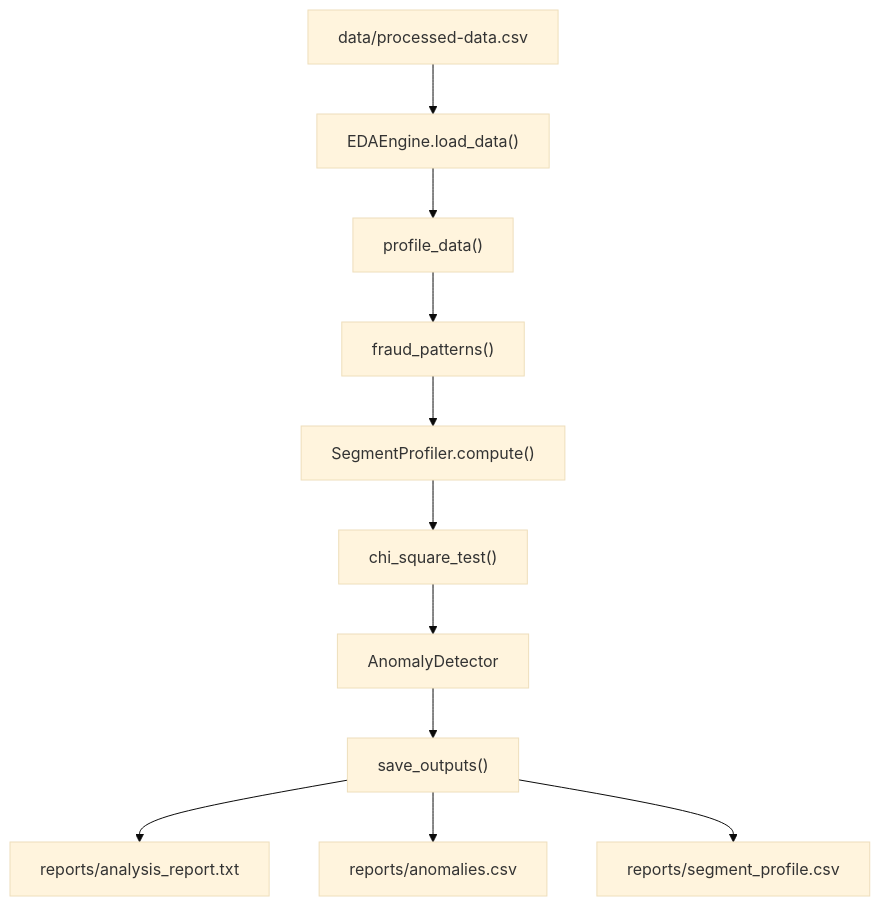
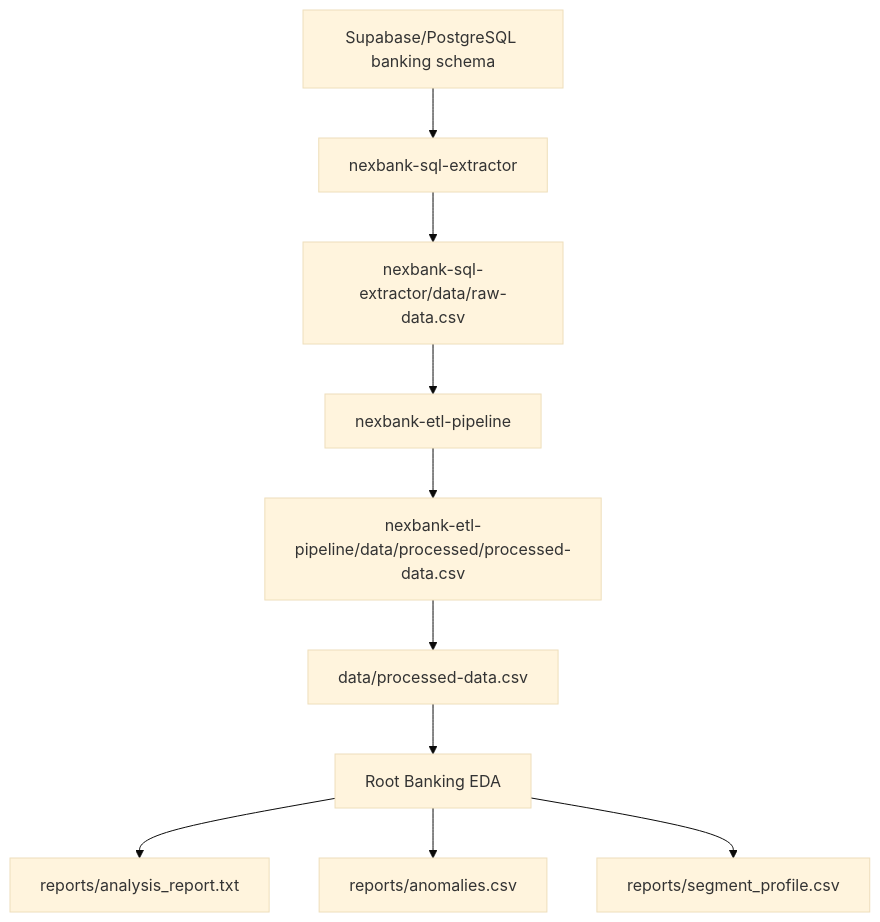
Before and after one commit to kakapetech/banking-eda: the first of 3 diagrams in README.md, drawn with Mermaid (base theme). The commit also changed other lines of this file and 1 other file, not shown here.

````diff
--- a/README.md
+++ b/README.md
@@ -18,13 +15,12 @@
 ```mermaid
 flowchart TD
-    A["data/processed-data.csv"] --> B["EDAEngine.load_data()"]
-    B --> C["profile_data()"]
-    C --> D["fraud_patterns()"]
-    D --> E["SegmentProfiler.compute()"]
-    E --> F["chi_square_test()"]
-    F --> G["AnomalyDetector"]
-    G --> H["save_outputs()"]
-    H --> I["reports/analysis_report.txt"]
-    H --> J["reports/anomalies.csv"]
-    H --> K["reports/segment_profile.csv"]
+    A["Supabase/PostgreSQL banking schema"] --> B["nexbank-sql-extractor"]
+    B --> C["nexbank-sql-extractor/data/raw-data.csv"]
+    C --> D["nexbank-etl-pipeline"]
+    D --> E["nexbank-etl-pipeline/data/processed/processed-data.csv"]
+    E --> F["data/processed-data.csv"]
+    F --> G["Root Banking EDA"]
+    G --> H["reports/analysis_report.txt"]
+    G --> I["reports/anomalies.csv"]
+    G --> J["reports/segment_profile.csv"]
 ```
````
